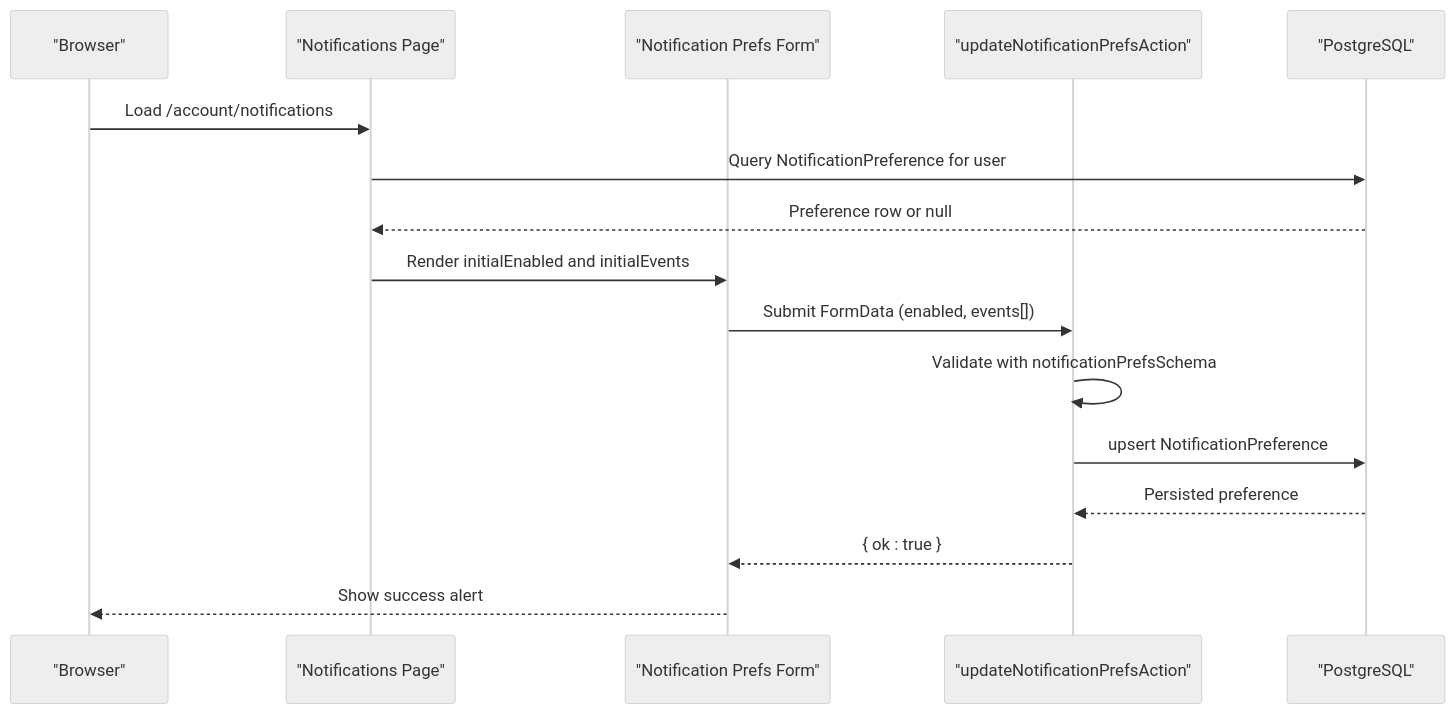
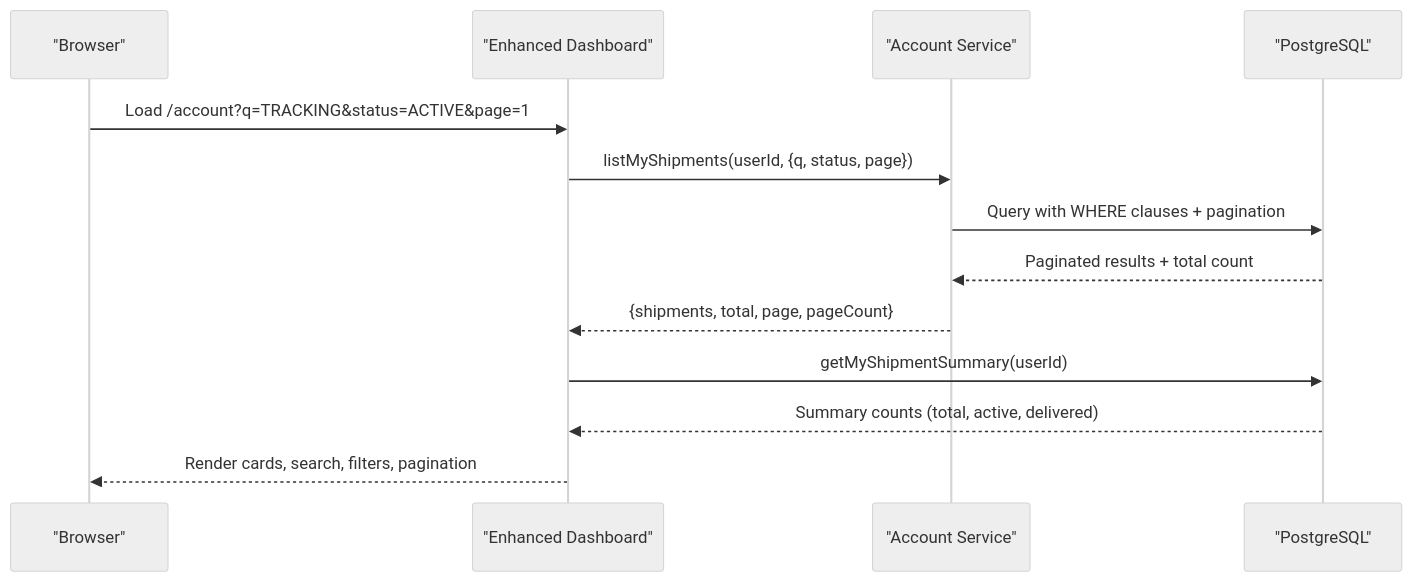
The second of 14 diagrams in .qoder/repowiki/en/content/Authentication System/User Management/User Profile Management.md (gyamposudodzi/Timberland), drawn with Mermaid (neutral theme) before and after one commit. The commit also changed other lines of this file and 48 other files, not shown here.

First line of the commit message:
feat(testing): expand E2E test coverage with new user flows and dashboard features

````diff
--- a/.qoder/repowiki/en/content/Authentication System/User Management/User Profile Management.md
+++ b/.qoder/repowiki/en/content/Authentication System/User Management/User Profile Management.md
@@ -122,18 +139,15 @@
 ```mermaid
 sequenceDiagram
 participant Browser as "Browser"
-participant Page as "Notifications Page"
-participant Form as "Notification Prefs Form"
-participant Action as "updateNotificationPrefsAction"
+participant Dashboard as "Enhanced Dashboard"
+participant Service as "Account Service"
 participant DB as "PostgreSQL"
-Browser->>Page : Load /account/notifications
-Page->>DB : Query NotificationPreference for user
-DB-->>Page : Preference row or null
-Page->>Form : Render initialEnabled and initialEvents
-Form->>Action : Submit FormData (enabled, events[])
-Action->>Action : Validate with notificationPrefsSchema
-Action->>DB : upsert NotificationPreference
-DB-->>Action : Persisted preference
-Action-->>Form : { ok : true }
-Form-->>Browser : Show success alert
+Browser->>Dashboard : Load /account?q=TRACKING&status=ACTIVE&page=1
+Dashboard->>Service : listMyShipments(userId, {q, status, page})
+Service->>DB : Query with WHERE clauses + pagination
+DB-->>Service : Paginated results + total count
+Service-->>Dashboard : {shipments, total, page, pageCount}
+Dashboard->>DB : getMyShipmentSummary(userId)
+DB-->>Dashboard : Summary counts (total, active, delivered)
+Dashboard-->>Browser : Render cards, search, filters, pagination
 ```
````
